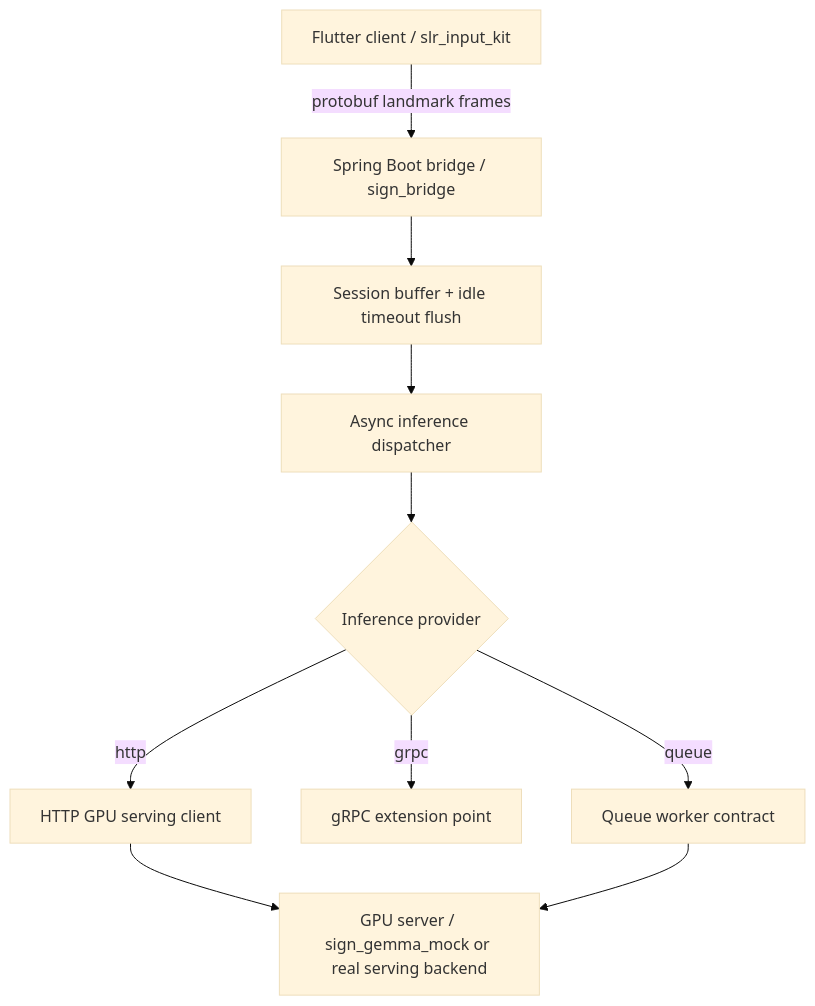
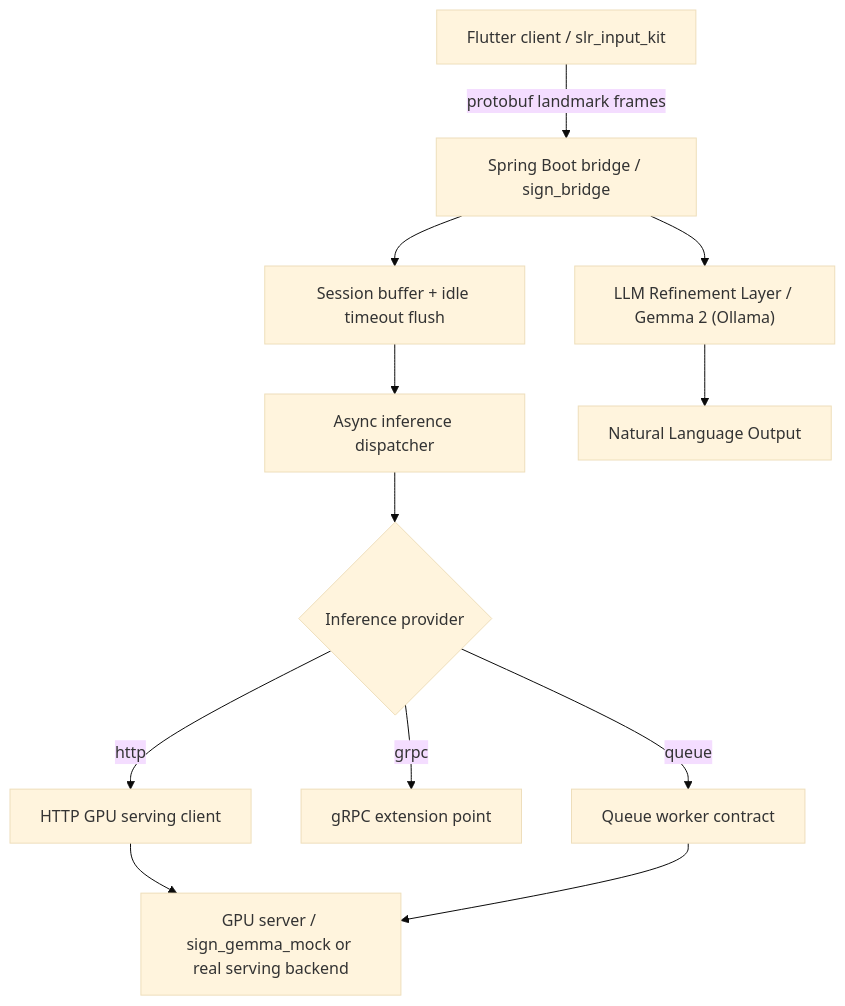
The diagram in README_en.md (clevekim00/mj_sign), drawn with Mermaid (base theme) before and after one commit. The commit also changed other lines of this file and 122 other files, not shown here.

````diff
--- a/README_en.md
+++ b/README_en.md
@@ -12,12 +12,14 @@
 ```mermaid
 graph TD
     A["Flutter client / slr_input_kit"] -->|"protobuf landmark frames"| B["Spring Boot bridge / sign_bridge"]
     B --> C["Session buffer + idle timeout flush"]
     C --> D["Async inference dispatcher"]
     D --> E{"Inference provider"}
     E -->|"http"| F["HTTP GPU serving client"]
     E -->|"grpc"| G["gRPC extension point"]
     E -->|"queue"| H["Queue worker contract"]
     F --> I["GPU server / sign_gemma_mock or real serving backend"]
     H --> I
+    B --> J["LLM Refinement Layer / Gemma 2 (Ollama)"]
+    J --> K["Natural Language Output"]
 ```
````
